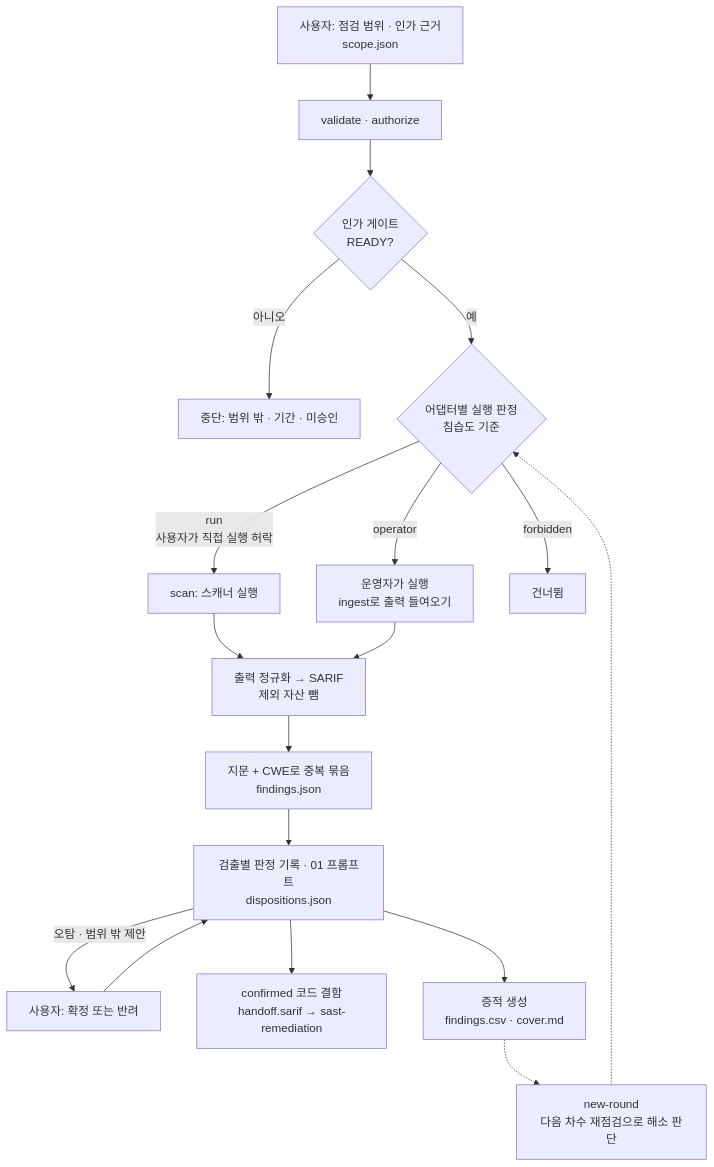
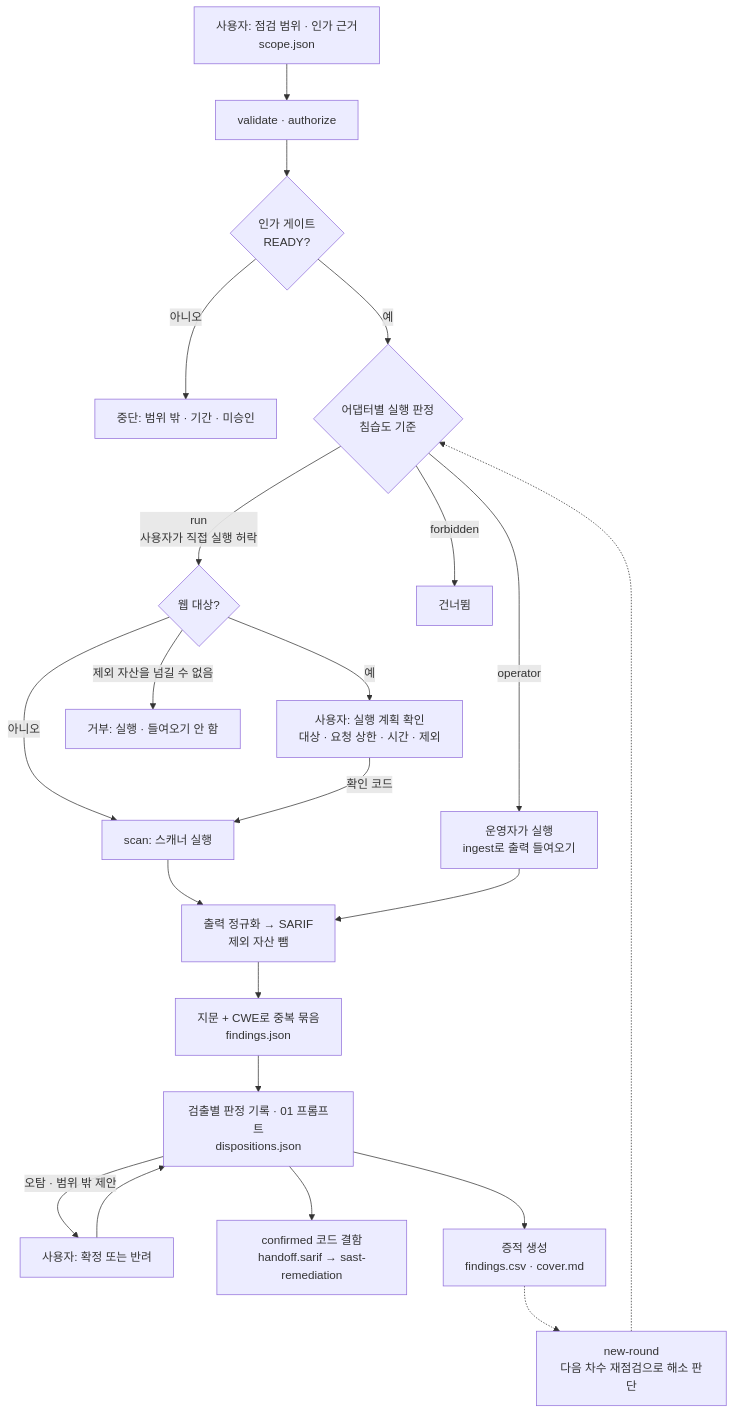
One commit to seo0tak/agent-skills changed the diagram in skills/security-assessment/toolkit/README.md. Above: the diagram before and after it, drawn with Mermaid. The commit also changed other lines of this file and 41 other files, not shown here.

````diff
--- a/skills/security-assessment/toolkit/README.md
+++ b/skills/security-assessment/toolkit/README.md
@@ -16,20 +16,24 @@
 ```mermaid
 flowchart TD
   scope["사용자: 점검 범위 · 인가 근거<br/>scope.json"] --> auth["validate · authorize"]
   auth --> gate{"인가 게이트<br/>READY?"}
   gate -- "아니오" --> stop["중단: 범위 밖 · 기간 · 미승인"]
   gate -- "예" --> decide{"어댑터별 실행 판정<br/>침습도 기준"}
-  decide -- "run<br/>사용자가 직접 실행 허락" --> exec["scan: 스캐너 실행"]
+  decide -- "run<br/>사용자가 직접 실행 허락" --> web{"웹 대상?"}
+  web -- "아니오" --> exec["scan: 스캐너 실행"]
+  web -- "예" --> plan["사용자: 실행 계획 확인<br/>대상 · 요청 상한 · 시간 · 제외"]
+  plan -- "확인 코드" --> exec
+  web -- "제외 자산을 넘길 수 없음" --> refuse["거부: 실행 · 들여오기 안 함"]
   decide -- "operator" --> op["운영자가 실행<br/>ingest로 출력 들여오기"]
   decide -- "forbidden" --> skip["건너뜀"]
   exec --> norm["출력 정규화 → SARIF<br/>제외 자산 뺌"]
   op --> norm
   norm --> merge["지문 + CWE로 중복 묶음<br/>findings.json"]
   merge --> disp["검출별 판정 기록 · 01 프롬프트<br/>dispositions.json"]
   disp -- "오탐 · 범위 밖 제안" --> user["사용자: 확정 또는 반려"]
   user --> disp
   disp --> bridge["confirmed 코드 결함<br/>handoff.sarif → sast-remediation"]
   disp --> ev["증적 생성<br/>findings.csv · cover.md"]
   ev -.-> round["new-round<br/>다음 차수 재점검으로 해소 판단"]
   round -.-> decide
 ```
````
